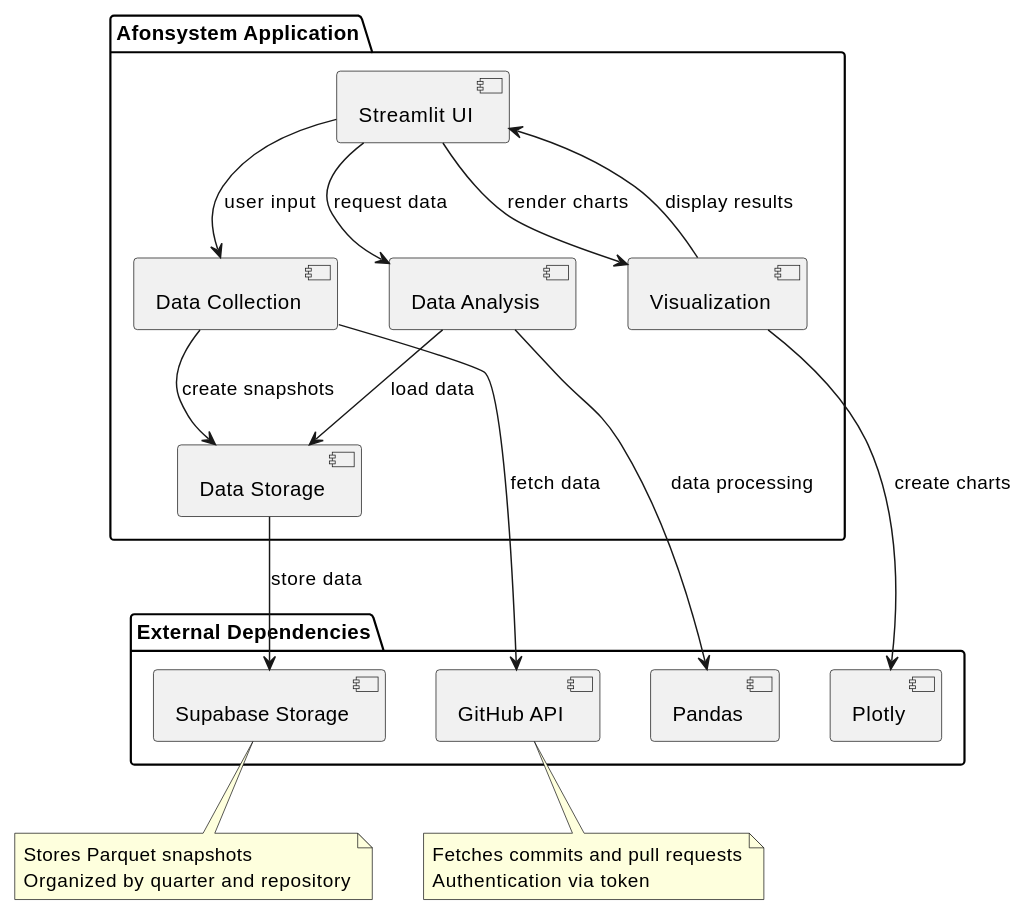
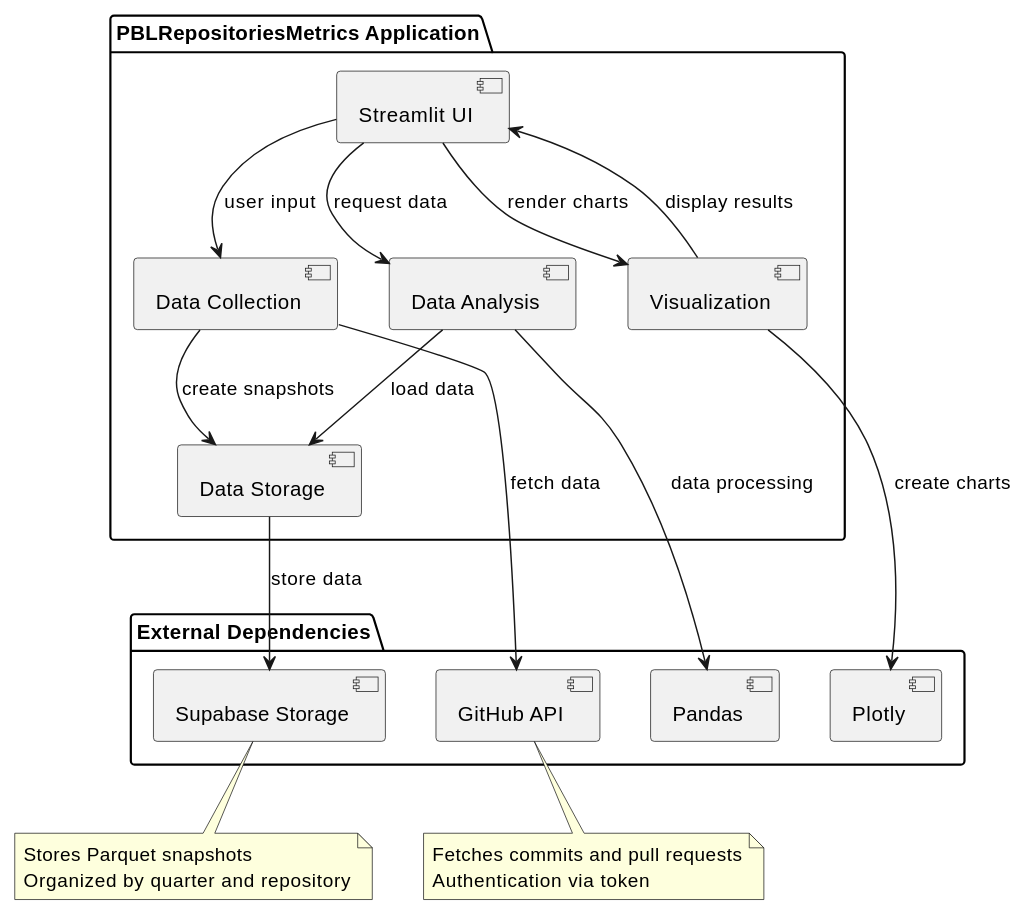
Before and after one commit to afonsolelis/pesquisa_modelo_gd_apb: the third of 3 diagrams in artigos/softwarex/sistema/PROJECT_DOCUMENTATION.md, drawn with PlantUML. The commit also changed other lines of this file and 6 other files, not shown here.

Commit message:
feat(diagrams): update UML diagrams to use PBLRepositoriesMetrics name instead of Afonsystem

````diff
--- a/artigos/softwarex/sistema/PROJECT_DOCUMENTATION.md
+++ b/artigos/softwarex/sistema/PROJECT_DOCUMENTATION.md
@@ -286,39 +286,39 @@
 ```plantuml
 @startuml
-package "Afonsystem Application" {
+package "PBLRepositoriesMetrics Application" {
   [Streamlit UI] as UI
   [Data Collection] as DC
   [Data Storage] as DS
   [Data Analysis] as DA
   [Visualization] as VIZ
 }
 
 package "External Dependencies" {
   [GitHub API]
   [Supabase Storage]
   [Pandas]
   [Plotly]
 }
 
 UI --> DC : user input
 UI --> DA : request data
 UI --> VIZ : render charts
 DC --> [GitHub API] : fetch data
 DC --> DS : create snapshots
 DS --> [Supabase Storage] : store data
 DA --> DS : load data
 DA --> [Pandas] : data processing
 VIZ --> [Plotly] : create charts
 VIZ --> UI : display results
 
 note bottom of [Supabase Storage]
   Stores Parquet snapshots
   Organized by quarter and repository
 end note
 
 note bottom of [GitHub API]
   Fetches commits and pull requests
   Authentication via token
 end note
 @enduml
 ```
````
